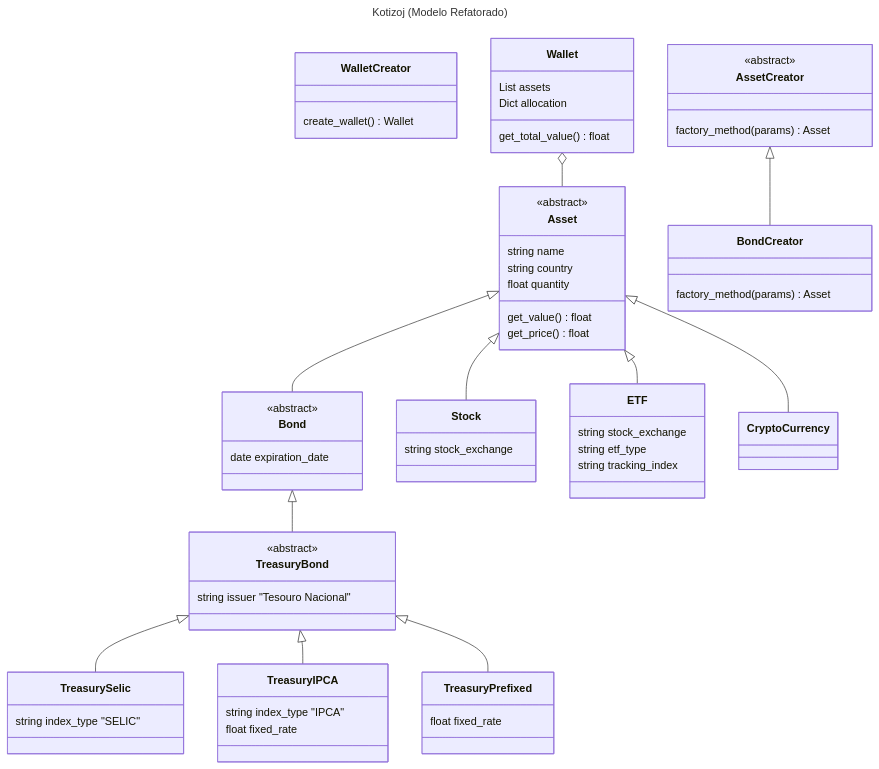
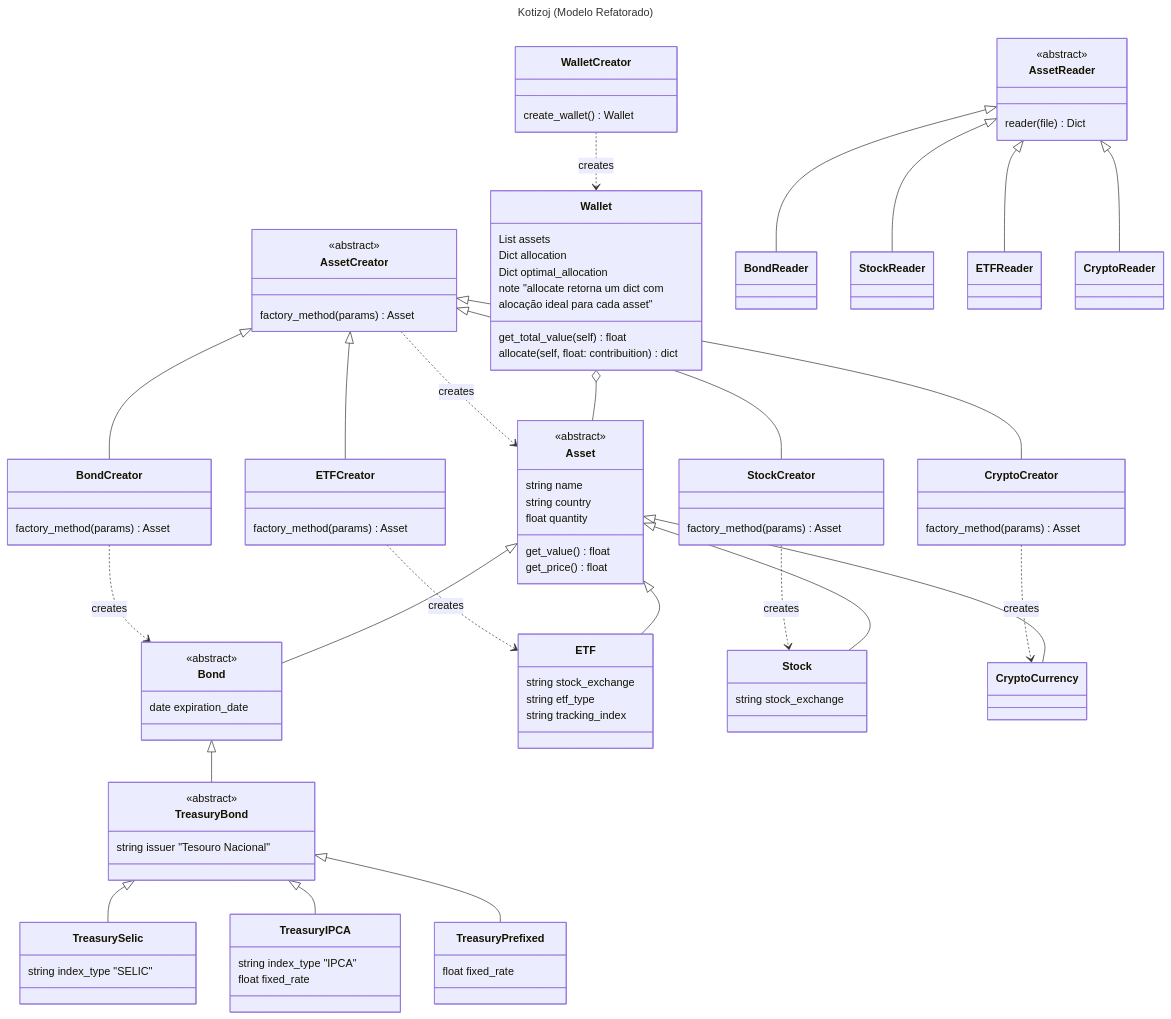
Before and after one commit to leossantos/kotizoj: the diagram in uml.md, drawn with Mermaid. The commit also changed other lines of this file, not shown here.

Commit message:
📝 att uml

```diff
--- a/uml.md
+++ b/uml.md
@@ -3,13 +6,39 @@
 title: Kotizoj (Modelo Refatorado)
 ---
 classDiagram
+    WalletCreator ..> Wallet : creates
+    AssetCreator ..> Asset : creates
+    BondCreator ..> Bond : creates
+    ETFCreator ..> ETF : creates
+    StockCreator ..> Stock : creates
+    CryptoCreator ..> CryptoCurrency : creates
+    class AssetReader {
+        <<abstract>>
+        reader(file) Dict<String:Float>
+    }
+    AssetReader <|-- BondReader
+    class BondReader {
+    }
+    AssetReader <|-- StockReader
+    class StockReader {
+    }
+    AssetReader <|-- ETFReader
+    class ETFReader {
+    }
+    AssetReader <|-- CryptoReader
+    class CryptoReader {
+    }
     class WalletCreator {
         create_wallet() Wallet
     }
     class Wallet {
         List<Asset> assets
         Dict<String, float> allocation
-        get_total_value() float
+        Dict<String, float> optimal_allocation
+        get_total_value(self) float
+        allocate(self, float: contribuition) dict
+        note "allocate retorna um dict com 
+            alocação ideal para cada asset"
     }
     Wallet o-- Asset
 
@@ -18,7 +47,21 @@
         factory_method(params) Asset
     }
     AssetCreator <|-- BondCreator
+    AssetCreator <|-- StockCreator
+    AssetCreator <|-- ETFCreator
+    AssetCreator <|-- CryptoCreator
     class BondCreator {
+        factory_method(params) Asset
+    }
+    class StockCreator {
+        factory_method(params) Asset
+    }
+
+    class ETFCreator {
+        factory_method(params) Asset
+    }
+
+    class CryptoCreator {
         factory_method(params) Asset
     }
 
```
